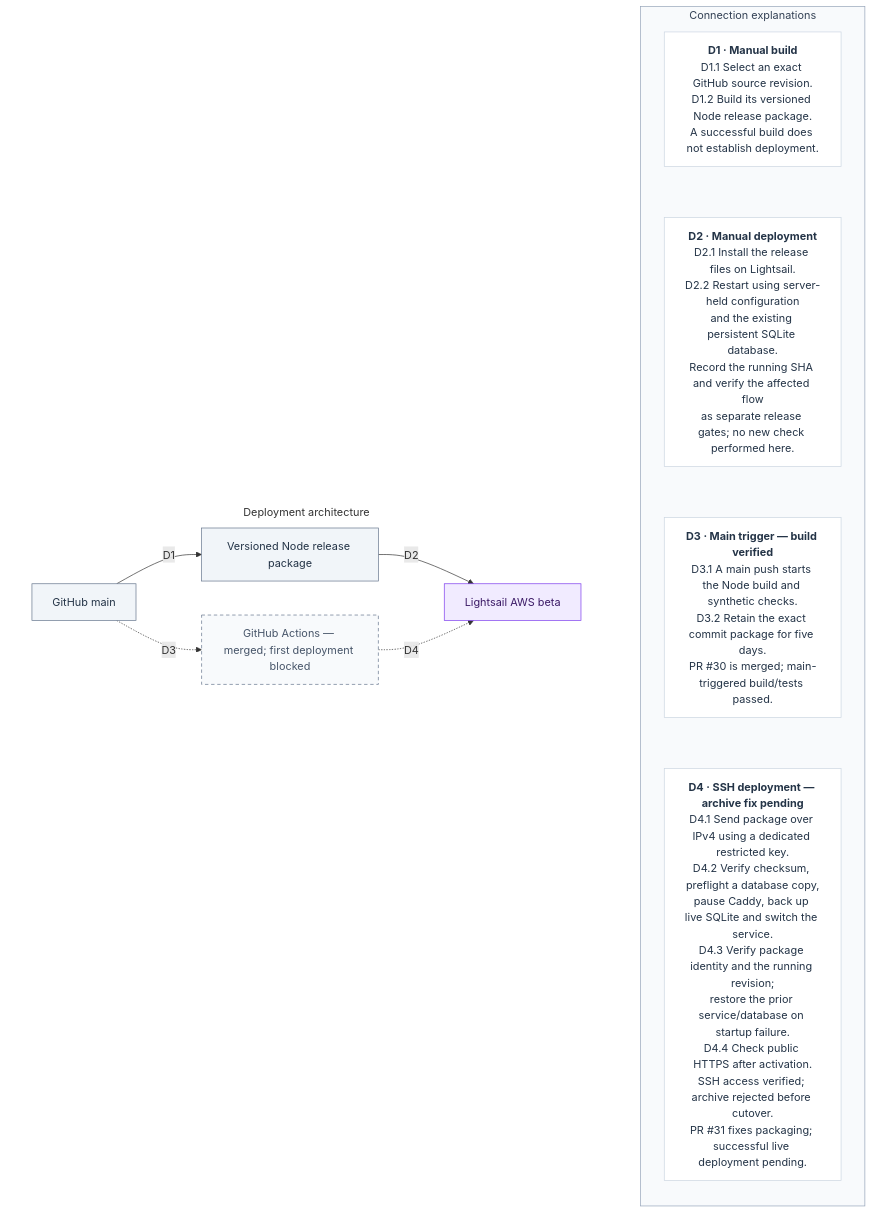
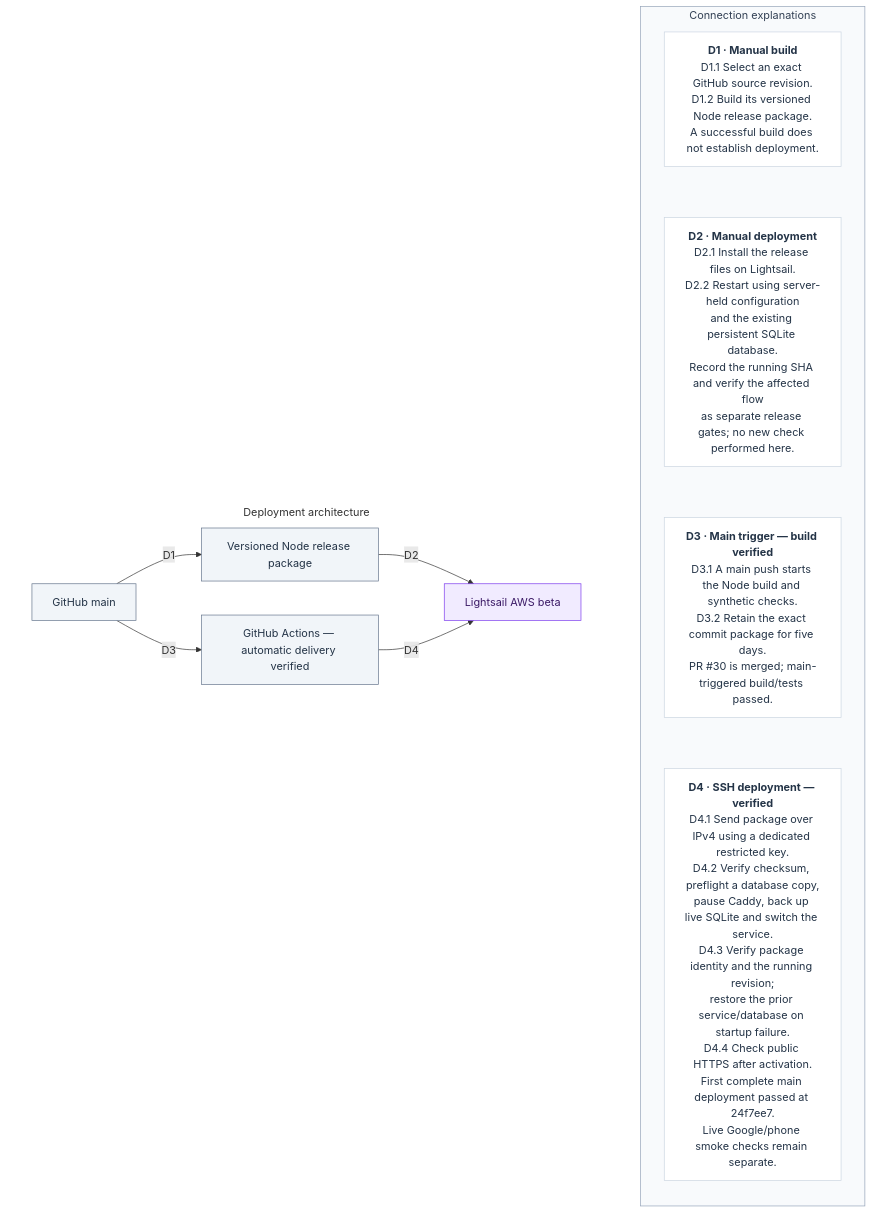
The second of 2 diagrams in docs/architecture.md (HewieTran/forrest-runs), drawn with Mermaid before and after one commit. The commit also changed other lines of this file, not shown here.

Commit message:
Record first verified automatic main-to-Lightsail deployment

````diff
--- a/docs/architecture.md
+++ b/docs/architecture.md
@@ -226,59 +227,59 @@
 ```mermaid
 flowchart LR
     subgraph deploymentView["Deployment architecture"]
         direction LR
     source["GitHub main"]
     bundle["Versioned Node release package"]
     beta["Lightsail AWS beta"]
-    automation["GitHub Actions — merged; first deployment blocked"]
+    automation["GitHub Actions — automatic delivery verified"]
 
     source -->|"D1"| bundle
     bundle -->|"D2"| beta
-    source -.->|"D3"| automation
-    automation -.->|"D4"| beta
+    source -->|"D3"| automation
+    automation -->|"D4"| beta
 
     end
 
     subgraph deploymentGuide["Connection explanations"]
         direction TB
         noteD1["`**D1 · Manual build**
 D1.1 Select an exact GitHub source revision.
 D1.2 Build its versioned Node release package.
 A successful build does not establish deployment.`"]
         noteD2["`**D2 · Manual deployment**
 D2.1 Install the release files on Lightsail.
 D2.2 Restart using server-held configuration
 and the existing persistent SQLite database.
 Record the running SHA and verify the affected flow
 as separate release gates; no new check performed here.`"]
         noteD3["`**D3 · Main trigger — build verified**
 D3.1 A main push starts the Node build and synthetic checks.
 D3.2 Retain the exact commit package for five days.
 PR #30 is merged; main-triggered build/tests passed.`"]
-        noteD4["`**D4 · SSH deployment — archive fix pending**
+        noteD4["`**D4 · SSH deployment — verified**
 D4.1 Send package over IPv4 using a dedicated restricted key.
 D4.2 Verify checksum, preflight a database copy,
 pause Caddy, back up live SQLite and switch the service.
 D4.3 Verify package identity and the running revision;
 restore the prior service/database on startup failure.
 D4.4 Check public HTTPS after activation.
-SSH access verified; archive rejected before cutover.
-PR #31 fixes packaging; successful live deployment pending.`"]
+First complete main deployment passed at 24f7ee7.
+Live Google/phone smoke checks remain separate.`"]
         noteD1 ~~~ noteD2
         noteD2 ~~~ noteD3
         noteD3 ~~~ noteD4
     end
 
     deploymentView ~~~ deploymentGuide
 
     classDef delivery fill:#F1F5F9,stroke:#64748B,color:#243447
     classDef compute fill:#F1EBFF,stroke:#7C3AED,color:#3B1A66
     classDef proposed fill:#F8FAFC,stroke:#64748B,color:#475569,stroke-dasharray:5 4
     class source,bundle delivery
     class beta compute
-    class automation proposed
+    class automation delivery
     classDef explanation fill:#FFFFFF,stroke:#CBD5E1,color:#243447
     class noteD1,noteD2,noteD3,noteD4 explanation
     style deploymentView fill:transparent,stroke:transparent
     style deploymentGuide fill:#F8FAFC,stroke:#94A3B8,color:#334155
 ```
````
